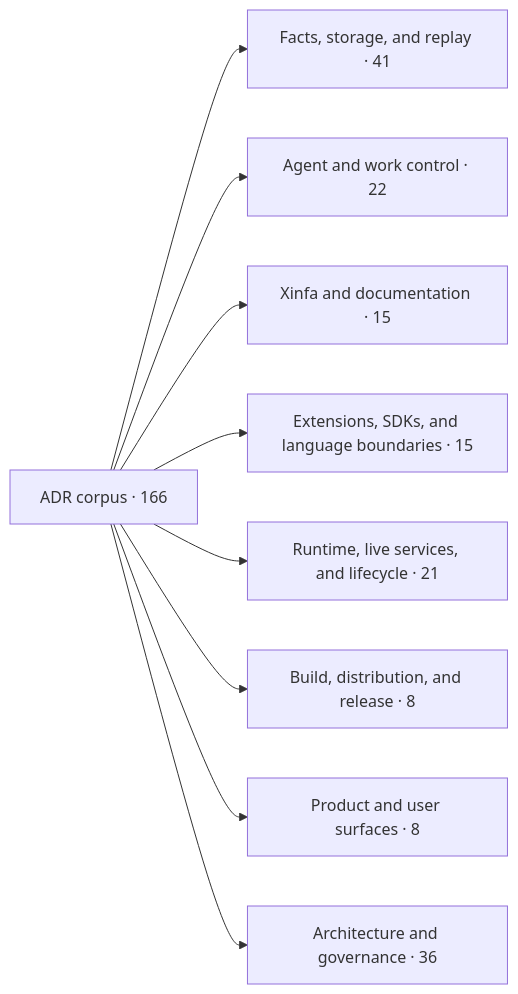
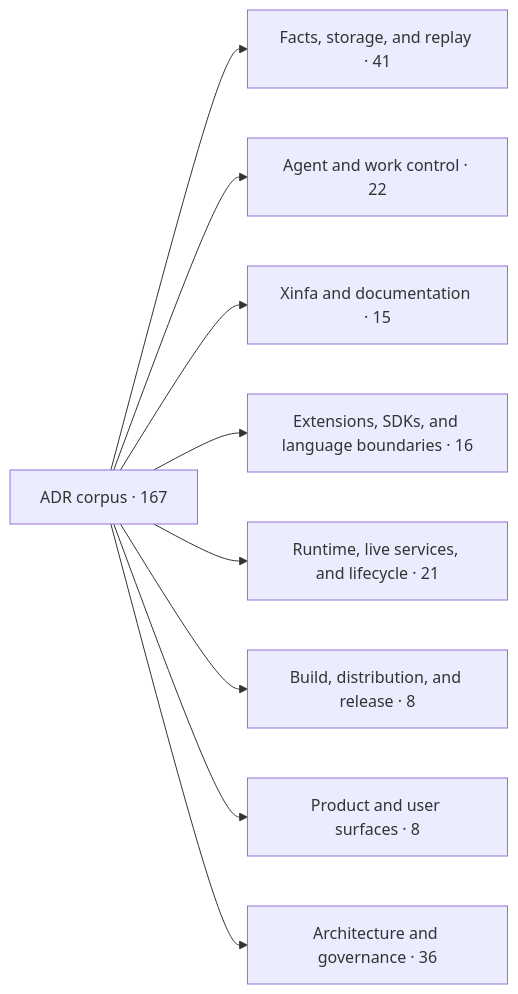
One commit to kungfu-systems/kungfu changed the first of 2 diagrams in docs/architecture/adr-map.md. Above: the diagram before and after it, drawn with Mermaid. The commit also changed other lines of this file and 1 other file, not shown here.

Commit message:
fix(docs): regenerate combined ADR navigation

````diff
--- a/docs/architecture/adr-map.md
+++ b/docs/architecture/adr-map.md
@@ -20,12 +20,12 @@
 ```mermaid
 flowchart LR
-  root["ADR corpus · 166"]
+  root["ADR corpus · 167"]
   root --> d0["Facts, storage, and replay · 41"]
   root --> d1["Agent and work control · 22"]
   root --> d2["Xinfa and documentation · 15"]
-  root --> d3["Extensions, SDKs, and language boundaries · 15"]
+  root --> d3["Extensions, SDKs, and language boundaries · 16"]
   root --> d4["Runtime, live services, and lifecycle · 21"]
   root --> d5["Build, distribution, and release · 8"]
   root --> d6["Product and user surfaces · 8"]
   root --> d7["Architecture and governance · 36"]
 ```
````
